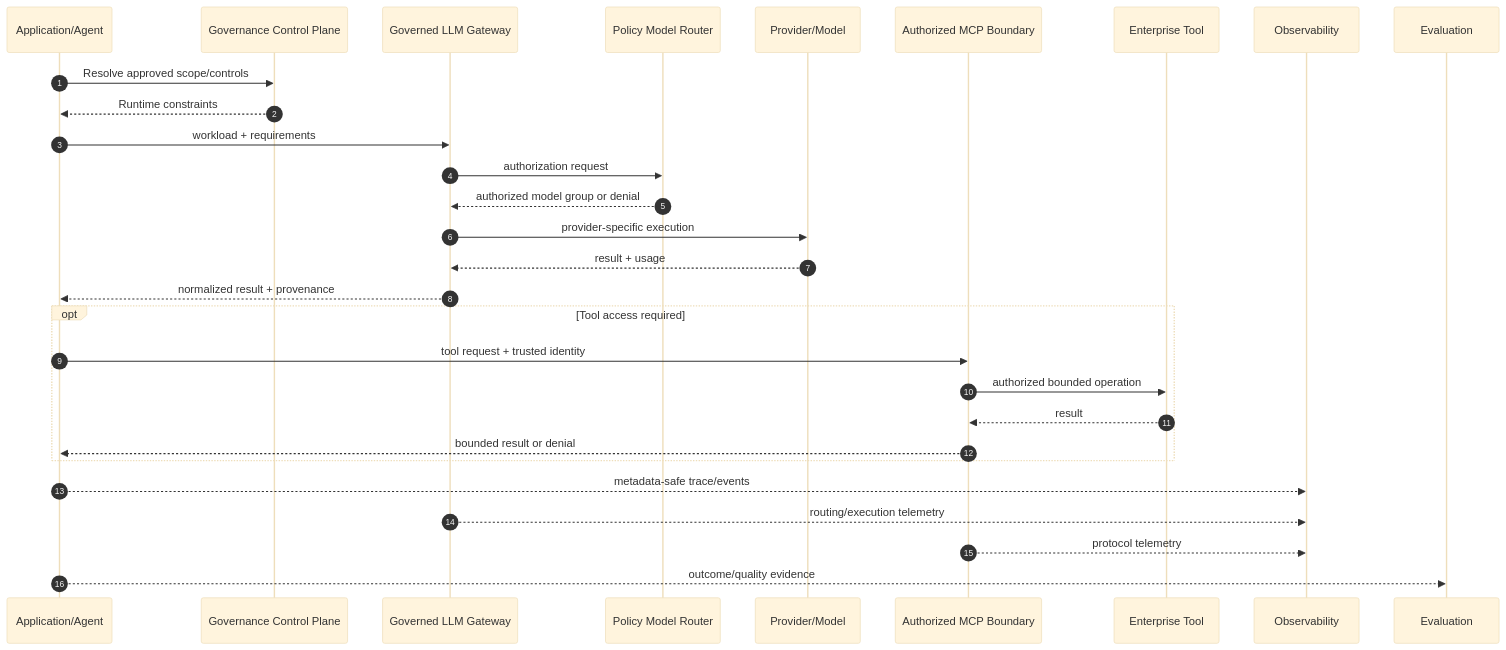
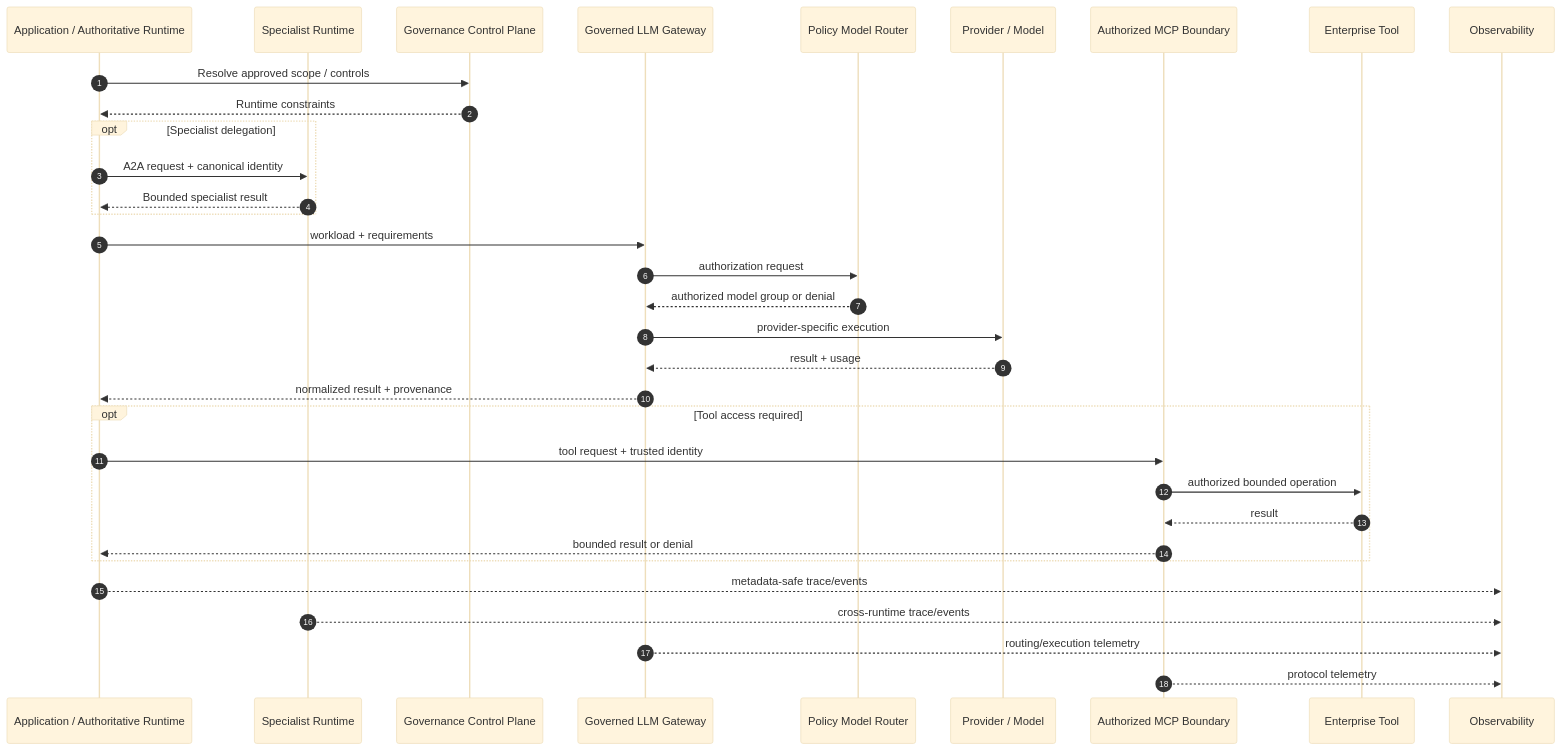
One commit to brunovicco/brunovicco changed the third of 3 diagrams in PORTFOLIO_ARCHITECTURE.md. Above: the diagram before and after it, drawn with Mermaid (base theme). The commit also changed other lines of this file and 3 other files, not shown here.

First line of the commit message:
docs: add agent runtime boundaries to portfolio

````diff
--- a/PORTFOLIO_ARCHITECTURE.md
+++ b/PORTFOLIO_ARCHITECTURE.md
@@ -717,37 +501,41 @@
 ```mermaid
 sequenceDiagram
     autonumber
 
-    participant App as Application/Agent
+    participant App as Application / Authoritative Runtime
+    participant Spec as Specialist Runtime
     participant Gov as Governance Control Plane
     participant GW as Governed LLM Gateway
     participant PDP as Policy Model Router
-    participant LLM as Provider/Model
+    participant LLM as Provider / Model
     participant MCP as Authorized MCP Boundary
     participant Tool as Enterprise Tool
     participant OTel as Observability
-    participant Eval as Evaluation
 
-    App->>Gov: Resolve approved scope/controls
+    App->>Gov: Resolve approved scope / controls
     Gov-->>App: Runtime constraints
+
+    opt Specialist delegation
+        App->>Spec: A2A request + canonical identity
+        Spec-->>App: Bounded specialist result
+    end
 
     App->>GW: workload + requirements
     GW->>PDP: authorization request
     PDP-->>GW: authorized model group or denial
     GW->>LLM: provider-specific execution
     LLM-->>GW: result + usage
     GW-->>App: normalized result + provenance
 
     opt Tool access required
         App->>MCP: tool request + trusted identity
         MCP->>Tool: authorized bounded operation
         Tool-->>MCP: result
         MCP-->>App: bounded result or denial
     end
 
     App-->>OTel: metadata-safe trace/events
+    Spec-->>OTel: cross-runtime trace/events
     GW-->>OTel: routing/execution telemetry
     MCP-->>OTel: protocol telemetry
-
-    App-->>Eval: outcome/quality evidence
 ```
````
